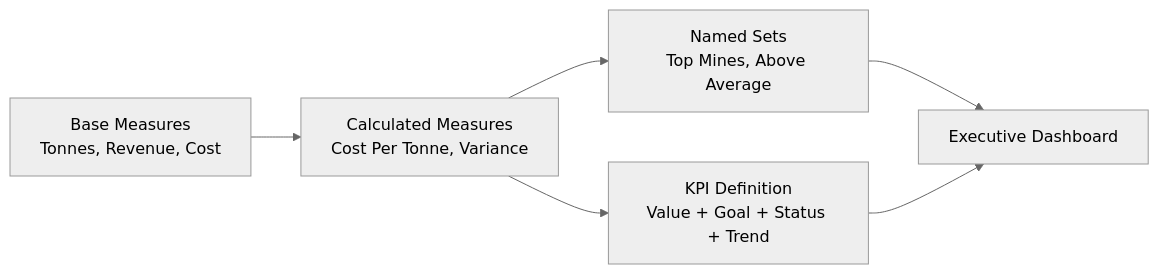
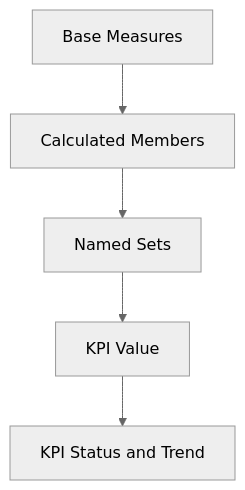
Before and after one commit to kumbulanit/SSAS-Fundamentals-SQL-Server-Analysis-Services: the second of 5 diagrams in Day-02/advanced-queries-calculations-and-kpis/advanced-queries-calculations-and-kpis-theory.md, drawn with Mermaid (neutral theme). The commit also changed other lines of this file and 23 other files, not shown here.

````diff
--- a/Day-02/advanced-queries-calculations-and-kpis/advanced-queries-calculations-and-kpis-theory.md
+++ b/Day-02/advanced-queries-calculations-and-kpis/advanced-queries-calculations-and-kpis-theory.md
@@ -390,8 +307,7 @@
 ```mermaid
-flowchart LR
-	A[Base Measures\nTonnes, Revenue, Cost] --> B[Calculated Measures\nCost Per Tonne, Variance]
-	B --> C[Named Sets\nTop Mines, Above Average]
-	B --> D[KPI Definition\nValue + Goal + Status + Trend]
-	C --> E[Executive Dashboard]
-	D --> E
+flowchart TD
+    A[Base Measures] --> B[Calculated Members]
+    B --> C[Named Sets]
+    C --> D[KPI Value]
+    D --> E[KPI Status and Trend]
 ```
````
